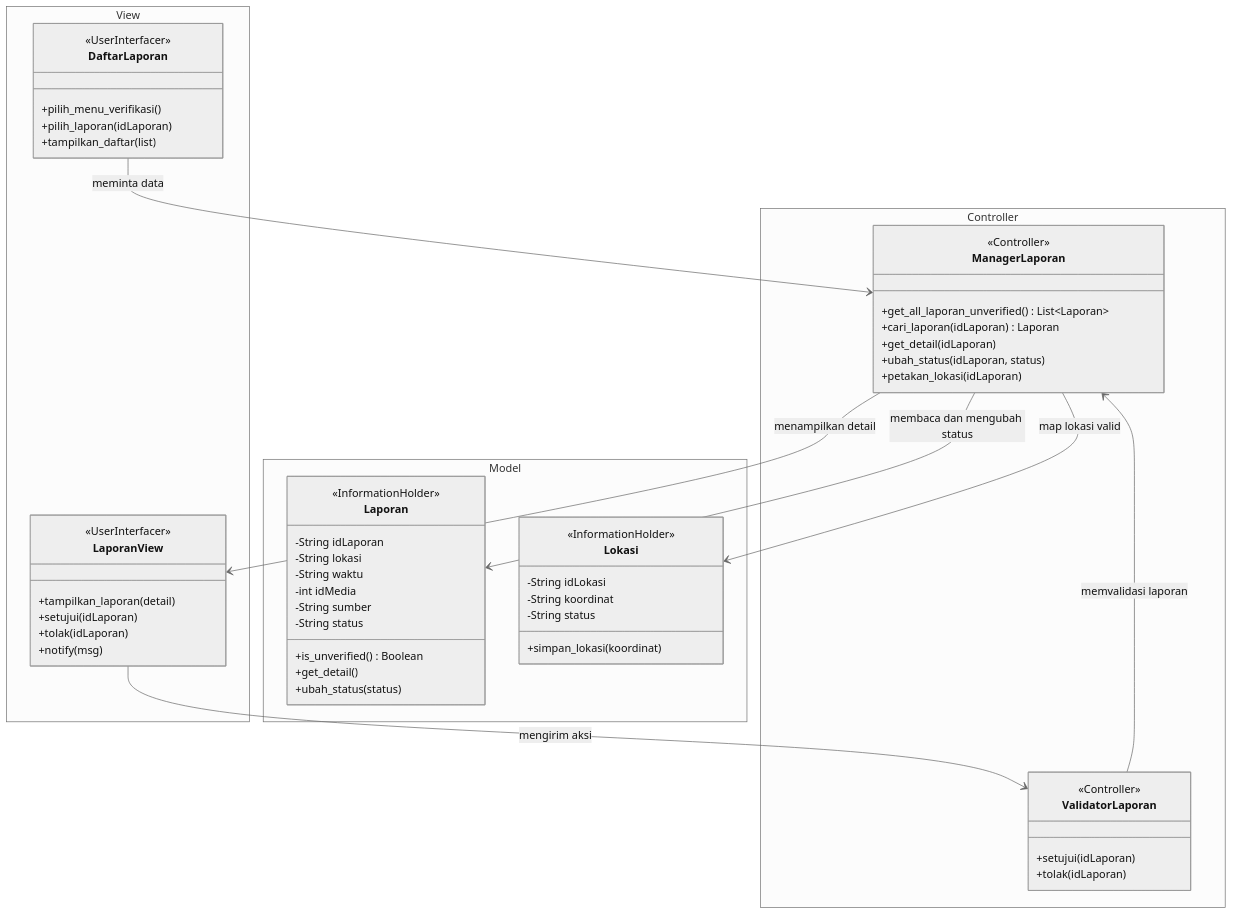
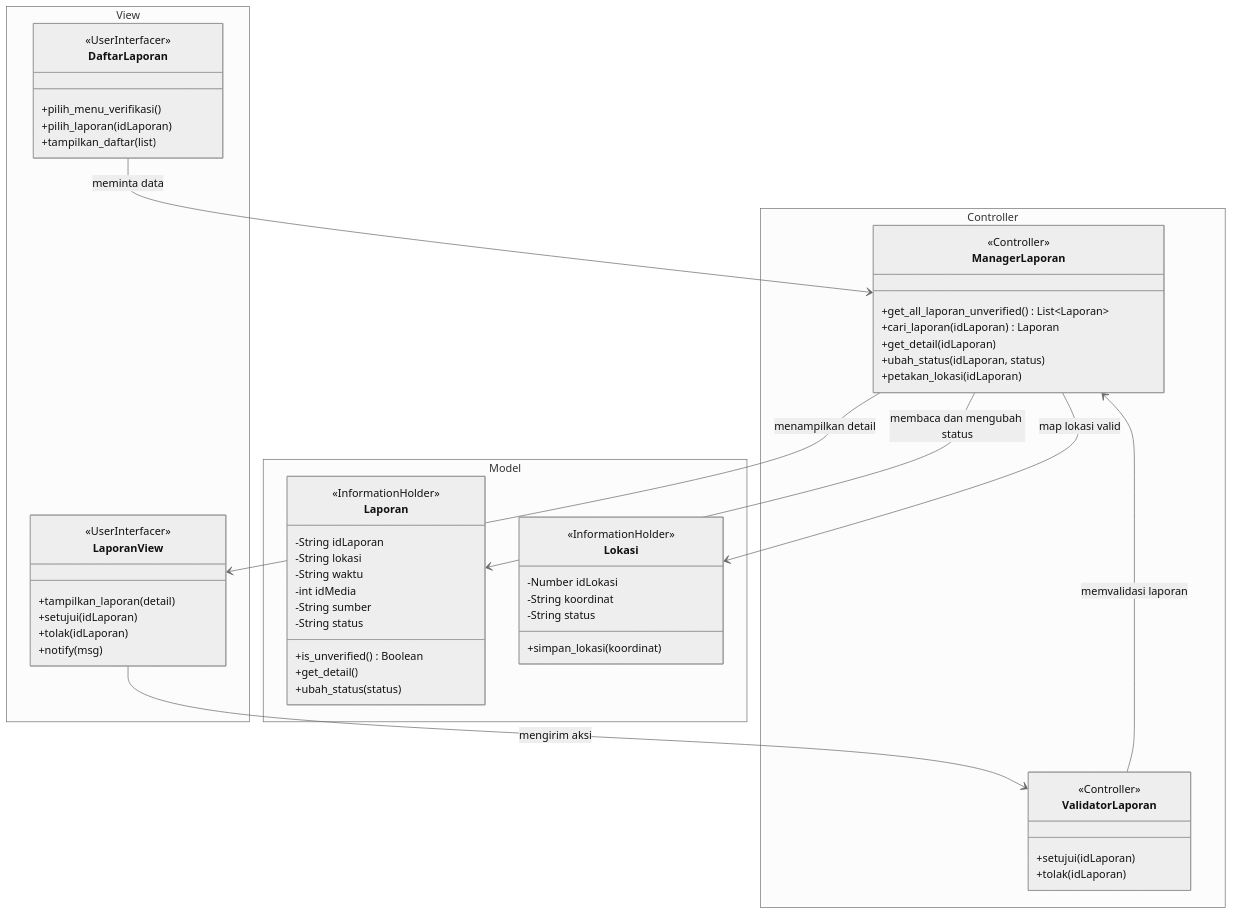
Before and after one commit to star-scripter/IF2150-RPL-K03-G02: diagram 12 of 29 in docs/M8/K03_G02_DPPL2.md, drawn with Mermaid (neutral theme). The commit also changed other lines of this file, not shown here.

Commit message:
docs: Lokasi class

````diff
--- a/docs/M8/K03_G02_DPPL2.md
+++ b/docs/M8/K03_G02_DPPL2.md
@@ -729,63 +729,63 @@
 ```mermaid
 classDiagram
     namespace View {
         class DaftarLaporan {
             <<UserInterfacer>>
             +pilih_menu_verifikasi()
             +pilih_laporan(idLaporan)
             +tampilkan_daftar(list)
         }
         class LaporanView {
             <<UserInterfacer>>
             +tampilkan_laporan(detail)
             +setujui(idLaporan)
             +tolak(idLaporan)
             +notify(msg)
         }
     }
     
     namespace Controller {
         class ValidatorLaporan {
             <<Controller>>
             +setujui(idLaporan)
             +tolak(idLaporan)
         }
         class ManagerLaporan {
             <<Controller>>
             +get_all_laporan_unverified() List~Laporan~
             +cari_laporan(idLaporan) Laporan
             +get_detail(idLaporan)
             +ubah_status(idLaporan, status)
             +petakan_lokasi(idLaporan)
         }
     }
     
     namespace Model {
         class Laporan {
             <<InformationHolder>>
             -String idLaporan
             -String lokasi
             -String waktu
             -int idMedia
             -String sumber
             -String status
             +is_unverified() Boolean
             +get_detail()
             +ubah_status(status)
         }
         class Lokasi {
             <<InformationHolder>>
-            -String idLokasi
+            -Number idLokasi
             -String koordinat
             -String status
             +simpan_lokasi(koordinat)
         }
     }
 
     DaftarLaporan --> ManagerLaporan : meminta data
     LaporanView --> ValidatorLaporan : mengirim aksi
     ValidatorLaporan --> ManagerLaporan : memvalidasi laporan
     ManagerLaporan --> Lokasi : map lokasi valid
     ManagerLaporan --> Laporan : membaca dan mengubah status
     ManagerLaporan --> LaporanView : menampilkan detail
 ```
````
